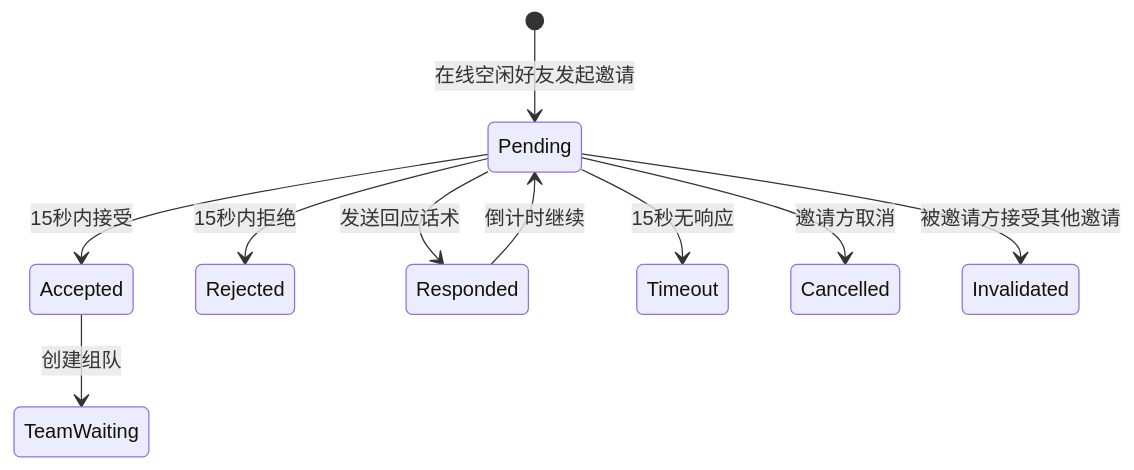
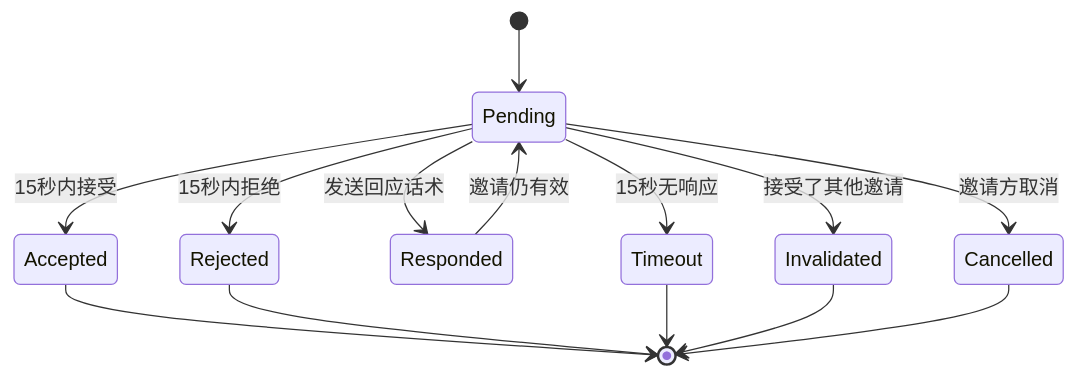
The first of 2 diagrams in tests/gomoku-case-d/latest-response.md (black605/product-architecture-requirements), drawn with Mermaid before and after one commit. The commit also changed other lines of this file and 385 other files, not shown here.

````diff
--- a/tests/gomoku-case-d/latest-response.md
+++ b/tests/gomoku-case-d/latest-response.md
@@ -50,12 +57,16 @@
 ```mermaid
 stateDiagram-v2
-    [*] --> Pending: 在线空闲好友发起邀请
+    [*] --> Pending
     Pending --> Accepted: 15秒内接受
     Pending --> Rejected: 15秒内拒绝
     Pending --> Responded: 发送回应话术
-    Responded --> Pending: 倒计时继续
+    Responded --> Pending: 邀请仍有效
     Pending --> Timeout: 15秒无响应
+    Pending --> Invalidated: 接受了其他邀请
     Pending --> Cancelled: 邀请方取消
-    Pending --> Invalidated: 被邀请方接受其他邀请
-    Accepted --> TeamWaiting: 创建组队
+    Accepted --> [*]
+    Rejected --> [*]
+    Timeout --> [*]
+    Invalidated --> [*]
+    Cancelled --> [*]
 ```
````
